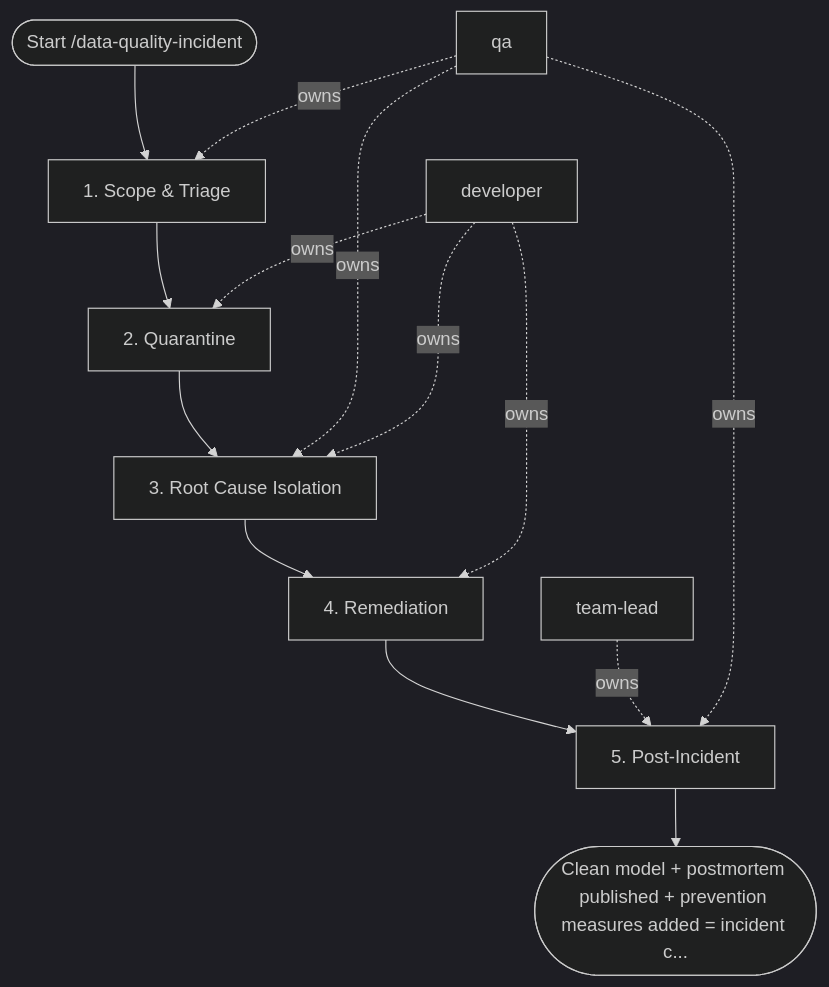
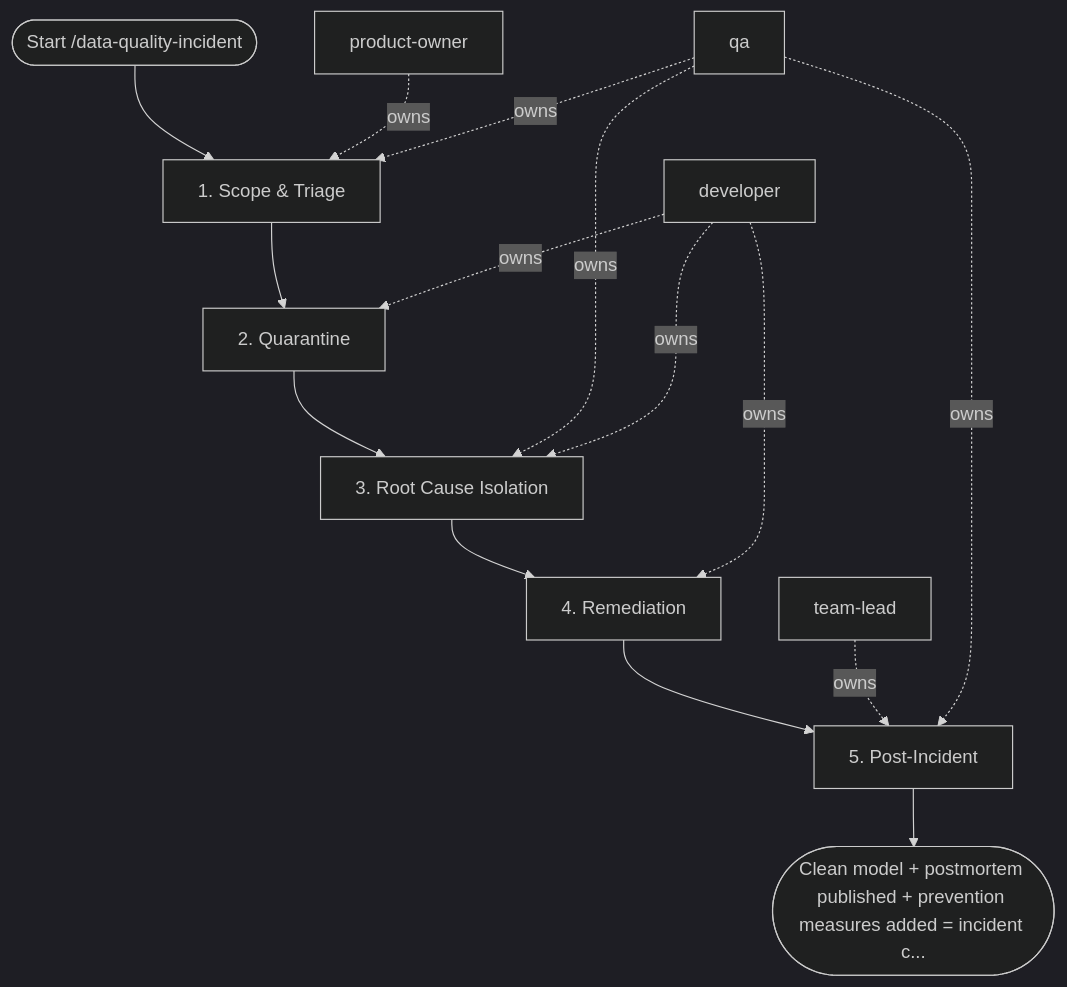
The diagram in areas/software/data-engineering/workflows/data-quality-incident.md (sawrus/agent-guides), drawn with Mermaid (dark theme) before and after one commit. The commit also changed other lines of this file and 76 other files, not shown here.

Commit message:
Standardize workflow product owner initiation

````diff
--- a/areas/software/data-engineering/workflows/data-quality-incident.md
+++ b/areas/software/data-engineering/workflows/data-quality-incident.md
@@ -66,26 +66,28 @@
 ```mermaid
 flowchart TD
   start(["Start /data-quality-incident"])
-  role_1["qa"]
-  role_2["developer"]
-  role_3["team-lead"]
+  role_1["product-owner"]
+  role_2["qa"]
+  role_3["developer"]
+  role_4["team-lead"]
   step_1["1. Scope & Triage"]
   step_2["2. Quarantine"]
   step_3["3. Root Cause Isolation"]
   step_4["4. Remediation"]
   step_5["5. Post-Incident"]
   exit(["Clean model + postmortem published + prevention measures added = incident c..."])
   start --> step_1
   step_1 --> step_2
   step_2 --> step_3
   step_3 --> step_4
   step_4 --> step_5
   step_5 --> exit
   role_1 -. owns .-> step_1
-  role_2 -. owns .-> step_2
-  role_1 -. owns .-> step_3
+  role_2 -. owns .-> step_1
+  role_3 -. owns .-> step_2
   role_2 -. owns .-> step_3
-  role_2 -. owns .-> step_4
-  role_3 -. owns .-> step_5
-  role_1 -. owns .-> step_5
+  role_3 -. owns .-> step_3
+  role_3 -. owns .-> step_4
+  role_4 -. owns .-> step_5
+  role_2 -. owns .-> step_5
 ```
````
